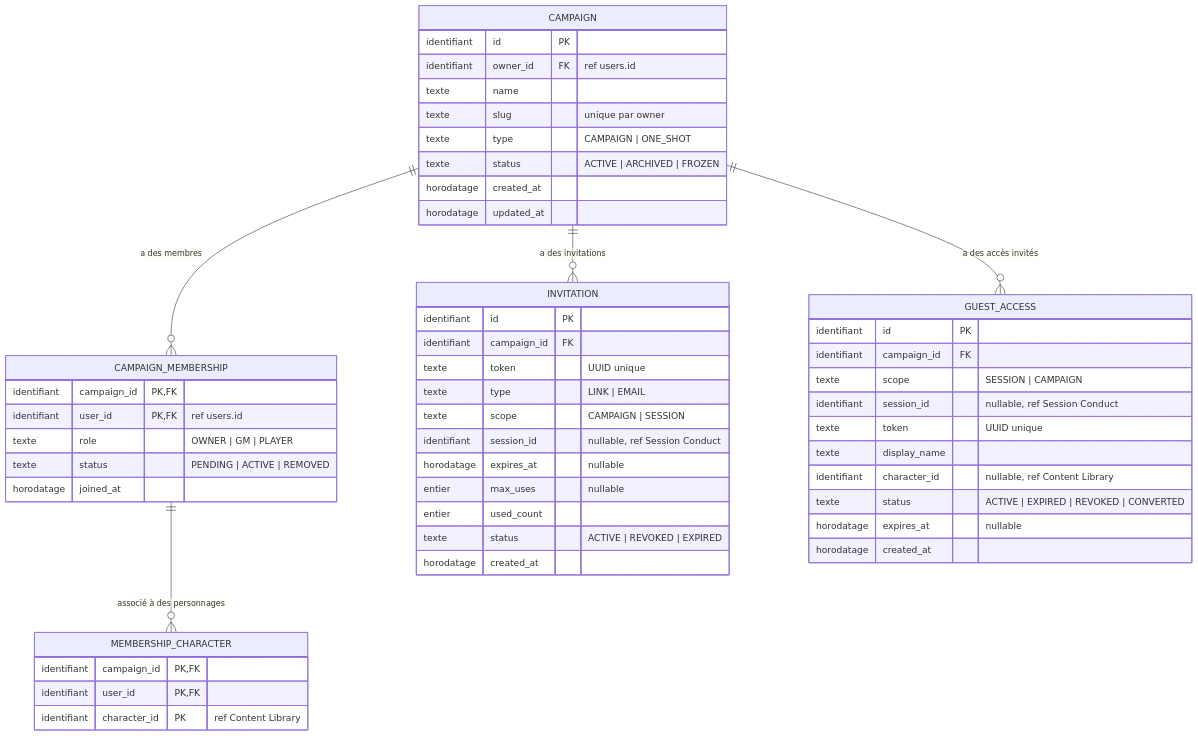
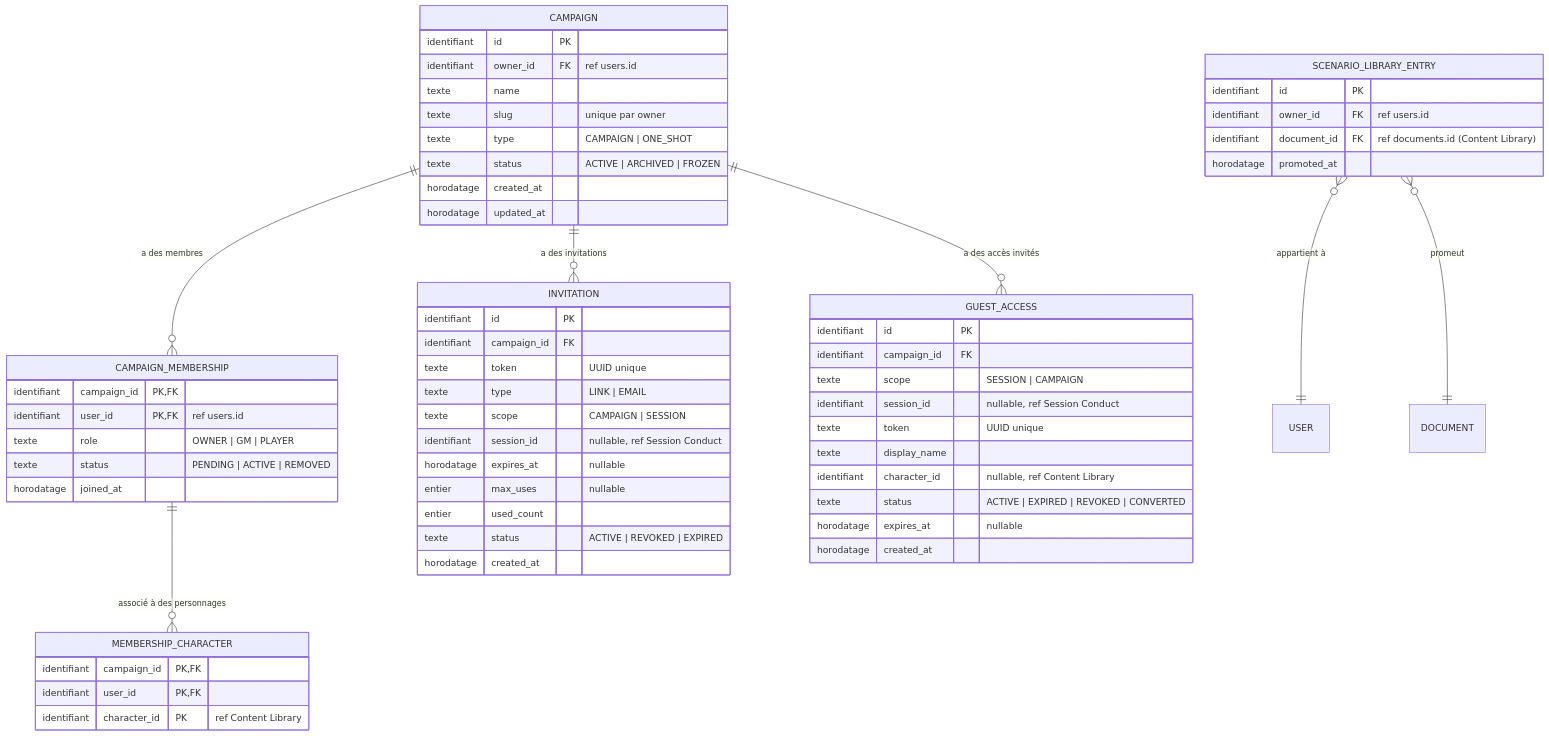
The diagram in docs/conception/domain/diagrams/mcd/campaign-management.md (2025-10-CDA-ECO-P6/PM-micro-saas), drawn with Mermaid before and after one commit. The commit also changed 52 other files, not shown here.

````diff
--- a/docs/conception/domain/diagrams/mcd/campaign-management.md
+++ b/docs/conception/domain/diagrams/mcd/campaign-management.md
@@ -3,59 +3,69 @@
 ```mermaid
 erDiagram
     CAMPAIGN {
         identifiant id PK
         identifiant owner_id FK "ref users.id"
         texte name
         texte slug "unique par owner"
         texte type "CAMPAIGN | ONE_SHOT"
         texte status "ACTIVE | ARCHIVED | FROZEN"
         horodatage created_at
         horodatage updated_at
     }
 
     CAMPAIGN_MEMBERSHIP {
         identifiant campaign_id PK,FK
         identifiant user_id PK,FK "ref users.id"
         texte role "OWNER | GM | PLAYER"
         texte status "PENDING | ACTIVE | REMOVED"
         horodatage joined_at
     }
 
     MEMBERSHIP_CHARACTER {
         identifiant campaign_id PK,FK
         identifiant user_id PK,FK
         identifiant character_id PK "ref Content Library"
     }
 
     INVITATION {
         identifiant id PK
         identifiant campaign_id FK
         texte token "UUID unique"
         texte type "LINK | EMAIL"
         texte scope "CAMPAIGN | SESSION"
         identifiant session_id "nullable, ref Session Conduct"
         horodatage expires_at "nullable"
         entier max_uses "nullable"
         entier used_count
         texte status "ACTIVE | REVOKED | EXPIRED"
         horodatage created_at
     }
 
     GUEST_ACCESS {
         identifiant id PK
         identifiant campaign_id FK
         texte scope "SESSION | CAMPAIGN"
         identifiant session_id "nullable, ref Session Conduct"
         texte token "UUID unique"
         texte display_name
         identifiant character_id "nullable, ref Content Library"
         texte status "ACTIVE | EXPIRED | REVOKED | CONVERTED"
         horodatage expires_at "nullable"
         horodatage created_at
     }
 
+    %% post-MVP
+    SCENARIO_LIBRARY_ENTRY {
+        identifiant id PK
+        identifiant owner_id FK "ref users.id"
+        identifiant document_id FK "ref documents.id (Content Library)"
+        horodatage promoted_at
+    }
+
     CAMPAIGN ||--o{ CAMPAIGN_MEMBERSHIP : "a des membres"
     CAMPAIGN ||--o{ INVITATION : "a des invitations"
     CAMPAIGN ||--o{ GUEST_ACCESS : "a des accès invités"
     CAMPAIGN_MEMBERSHIP ||--o{ MEMBERSHIP_CHARACTER : "associé à des personnages"
+    SCENARIO_LIBRARY_ENTRY }o--|| USER : "appartient à"
+    SCENARIO_LIBRARY_ENTRY }o--|| DOCUMENT : "promeut"
 ```
````
